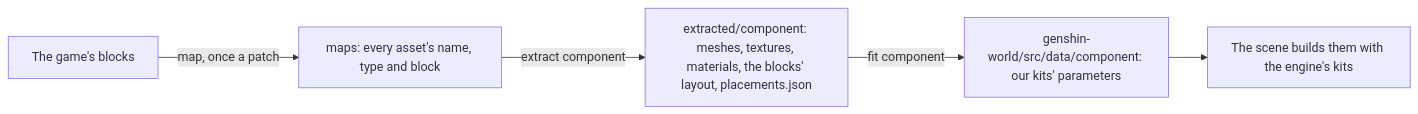
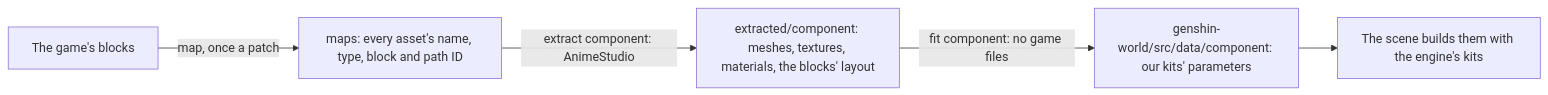
The second of 3 diagrams in apps/web/content/docs/genshin/derived-assets.md (Esposter/Esposter), drawn with Mermaid before and after one commit. The commit also changed other lines of this file and 14 other files, not shown here.

First line of the commit message:
feat(genshin-world): the login scene's derived sky, clouds and stone, flown from the walkway's far end

````diff
--- a/apps/web/content/docs/genshin/derived-assets.md
+++ b/apps/web/content/docs/genshin/derived-assets.md
@@ -33,7 +33,7 @@
 ```mermaid
 flowchart LR
-  B[The game's blocks] -->|"map, once a patch"| M["maps: every asset's name, type and block"]
-  M -->|"extract component"| E["extracted/component: meshes, textures, materials, the blocks' layout, placements.json"]
-  E -->|"fit component"| D["genshin-world/src/data/component: our kits' parameters"]
+  B[The game's blocks] -->|"map, once a patch"| M["maps: every asset's name, type, block and path ID"]
+  M -->|"extract component: AnimeStudio"| E["extracted/component: meshes, textures, materials, the blocks' layout"]
+  E -->|"fit component: no game files"| D["genshin-world/src/data/component: our kits' parameters"]
   D --> K[The scene builds them with the engine's kits]
 ```
````
